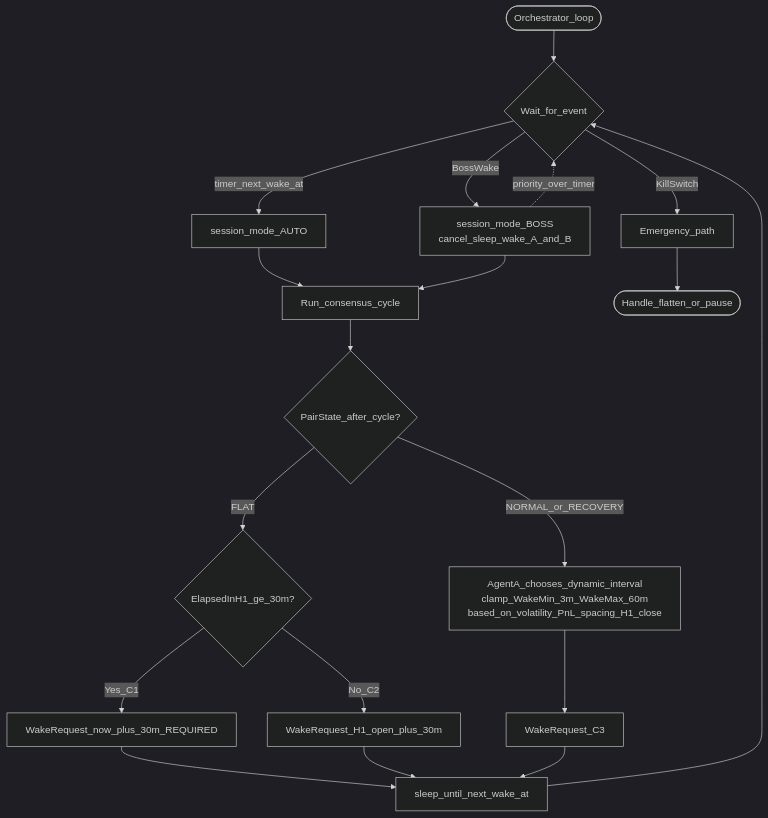
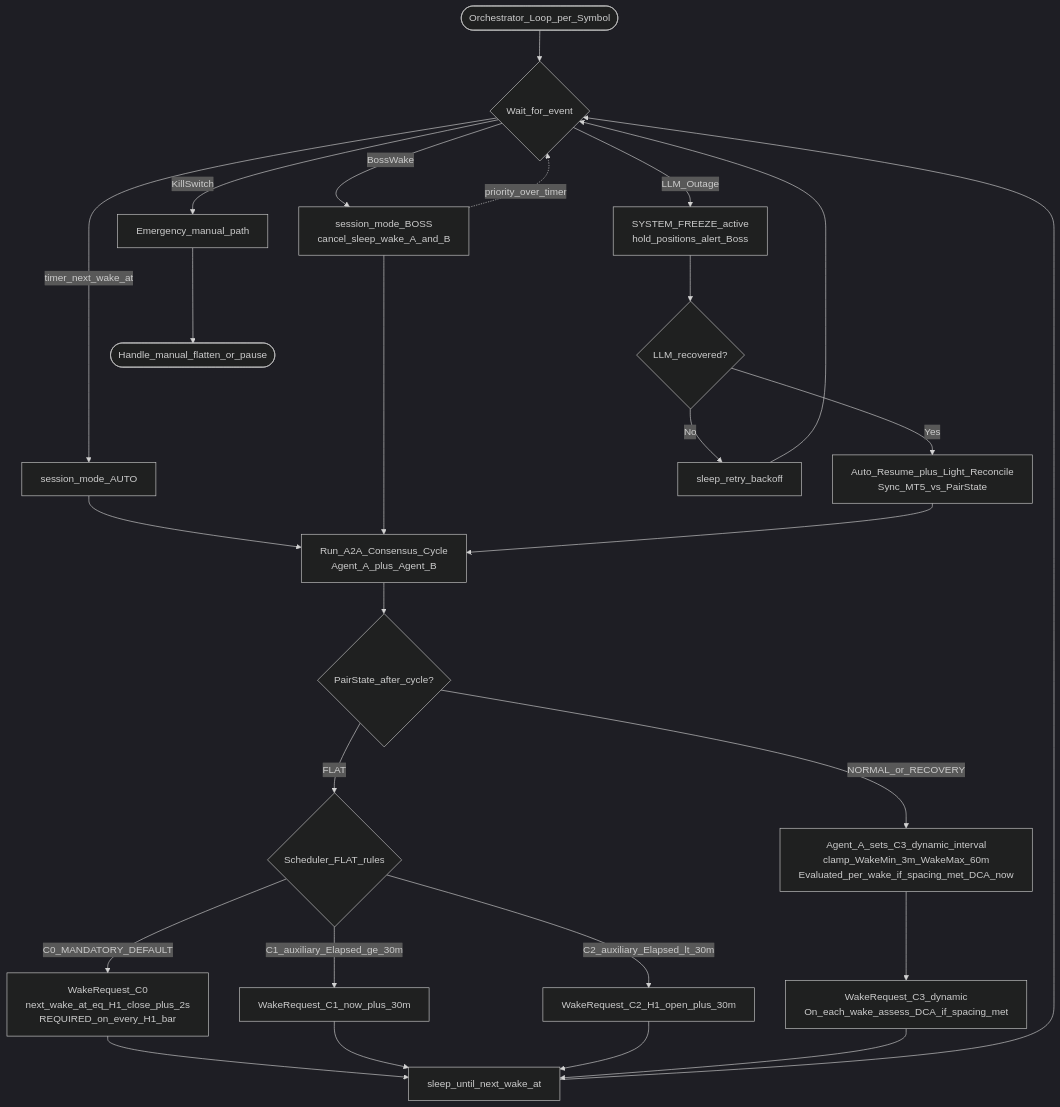
Before and after one commit to nguyenhongdat09/doctradingagent2agent: the diagram in doc/doc_agents/diagrams/A03-wakeup-and-monitor.mmd, drawn with Mermaid (dark theme). The commit also changed 43 other files, not shown here.

```diff
--- a/doc/doc_agents/diagrams/A03-wakeup-and-monitor.mmd
+++ b/doc/doc_agents/diagrams/A03-wakeup-and-monitor.mmd
@@ -1,27 +1,36 @@
-%% A03 — Wakeup and monitor flowchart
-%% Spec: 05-scheduler-wakeup
+%% A03 — Wakeup and monitor flowchart (Per-Instance Scheduler)
+%% Spec: 05-scheduler-wakeup.md, ERRATA.md (ALL-LLM, DEC-08, DEC-09)
 
 flowchart TD
-  Start([Orchestrator_loop]) --> Wait{"Wait_for_event"}
+  Start([Orchestrator_Loop_per_Symbol]) --> Wait{"Wait_for_event"}
   Wait -->|"timer_next_wake_at"| AutoWake[session_mode_AUTO]
   Wait -->|"BossWake"| BossInt["session_mode_BOSS\ncancel_sleep_wake_A_and_B"]
-  Wait -->|"KillSwitch"| Kill[Emergency_path]
+  Wait -->|"LLM_Outage"| FreezeMode["SYSTEM_FREEZE_active\nhold_positions_alert_Boss"]
+  Wait -->|"KillSwitch"| Kill[Emergency_manual_path]
 
-  AutoWake --> RunCycle[Run_consensus_cycle]
+  AutoWake --> RunCycle["Run_A2A_Consensus_Cycle\nAgent_A_plus_Agent_B"]
   BossInt --> RunCycle
-  Kill --> EndKill([Handle_flatten_or_pause])
+  FreezeMode --> AutoResumeCheck{"LLM_recovered?"}
+  AutoResumeCheck -->|Yes| LightRec["Auto_Resume_plus_Light_Reconcile\nSync_MT5_vs_PairState"]
+  LightRec --> RunCycle
+  AutoResumeCheck -->|No| SleepFreeze[sleep_retry_backoff]
+  SleepFreeze --> Wait
+  Kill --> EndKill([Handle_manual_flatten_or_pause])
 
   RunCycle --> After{"PairState_after_cycle?"}
-  After -->|FLAT| FlatH1{"ElapsedInH1_ge_30m?"}
-  FlatH1 -->|Yes_C1| WakeC1["WakeRequest_now_plus_30m_REQUIRED"]
-  FlatH1 -->|No_C2| WakeC2["WakeRequest_H1_open_plus_30m"]
+  
+  After -->|FLAT| FlatRule{"Scheduler_FLAT_rules"}
+  FlatRule -->|"C0_MANDATORY_DEFAULT"| WakeC0["WakeRequest_C0\nnext_wake_at_eq_H1_close_plus_2s\nREQUIRED_on_every_H1_bar"]
+  FlatRule -->|"C1_auxiliary_Elapsed_ge_30m"| WakeC1["WakeRequest_C1_now_plus_30m"]
+  FlatRule -->|"C2_auxiliary_Elapsed_lt_30m"| WakeC2["WakeRequest_C2_H1_open_plus_30m"]
 
-  After -->|NORMAL_or_RECOVERY| Dyn["AgentA_chooses_dynamic_interval\nclamp_WakeMin_3m_WakeMax_60m\nbased_on_volatility_PnL_spacing_H1_close"]
-  Dyn --> WakeC3[WakeRequest_C3]
+  After -->|NORMAL_or_RECOVERY| Dyn["Agent_A_sets_C3_dynamic_interval\nclamp_WakeMin_3m_WakeMax_60m\nEvaluated_per_wake_if_spacing_met_DCA_now"]
+  Dyn --> WakeC3["WakeRequest_C3_dynamic\nOn_each_wake_assess_DCA_if_spacing_met"]
 
-  WakeC1 --> Sleep[sleep_until_next_wake_at]
+  WakeC0 --> Sleep[sleep_until_next_wake_at]
+  WakeC1 --> Sleep
   WakeC2 --> Sleep
   WakeC3 --> Sleep
   Sleep --> Wait
 
   BossInt -.->|"priority_over_timer"| Wait
```
